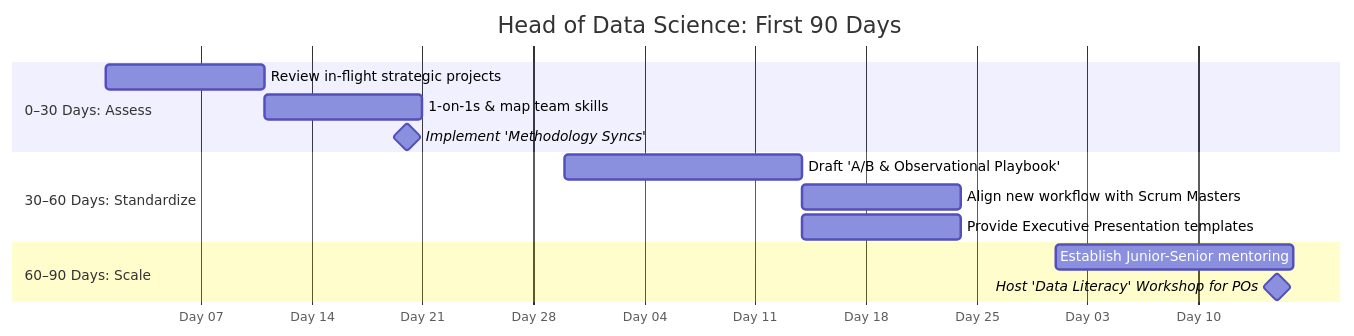
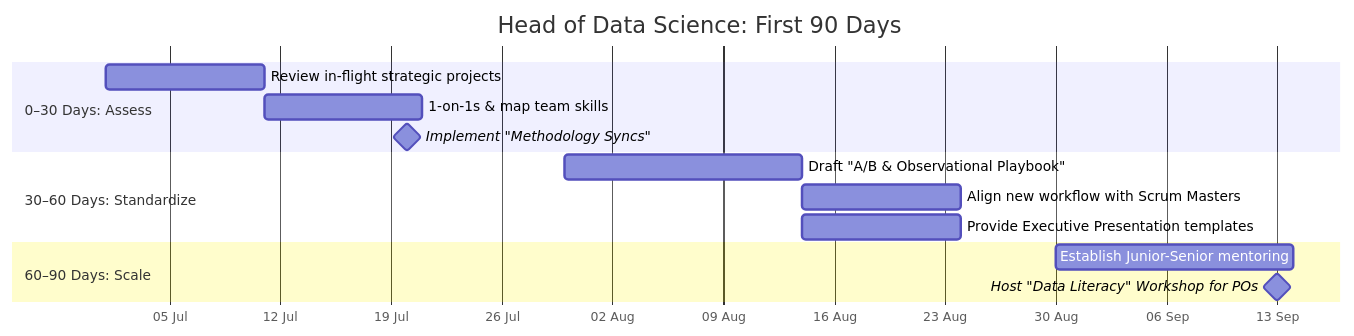
Before and after one commit to babenyshevs/sunrise: the third of 3 diagrams in PROPOSALS.md, drawn with Mermaid. The commit also changed other lines of this file and 11 other files, not shown here.

````diff
--- a/PROPOSALS.md
+++ b/PROPOSALS.md
@@ -77,20 +75,20 @@
 ```mermaid
 gantt
     title Head of Data Science: First 90 Days
     dateFormat YYYY-MM-DD
-    axisFormat Day %d
+    axisFormat %d %b
 
     section 0–30 Days: Assess
-    Review in-flight strategic projects     :a1, 2024-01-01, 10d
-    1-on-1s & map team skills               :a2, after a1, 10d
-    Implement 'Methodology Syncs'           :milestone, m1, 2024-01-20, 0d
+    Review in-flight strategic projects      :a1, 2026-07-01, 10d
+    1-on-1s & map team skills                :a2, after a1, 10d
+    Implement "Methodology Syncs"            :milestone, m1, 2026-07-20, 0d
 
     section 30–60 Days: Standardize
-    Draft 'A/B & Observational Playbook'    :b1, 2024-01-30, 15d
-    Align new workflow with Scrum Masters   :b2, after b1, 10d
+    Draft "A/B & Observational Playbook"     :b1, 2026-07-30, 15d
+    Align new workflow with Scrum Masters    :b2, after b1, 10d
     Provide Executive Presentation templates :b3, after b1, 10d
 
     section 60–90 Days: Scale
-    Establish Junior-Senior mentoring       :c1, 2024-03-01, 15d
-    Host 'Data Literacy' Workshop for POs   :milestone, m2, 2024-03-15, 0d
+    Establish Junior-Senior mentoring        :c1, 2026-08-30, 15d
+    Host "Data Literacy" Workshop for POs    :milestone, m2, 2026-09-13, 0d
 ```
````
